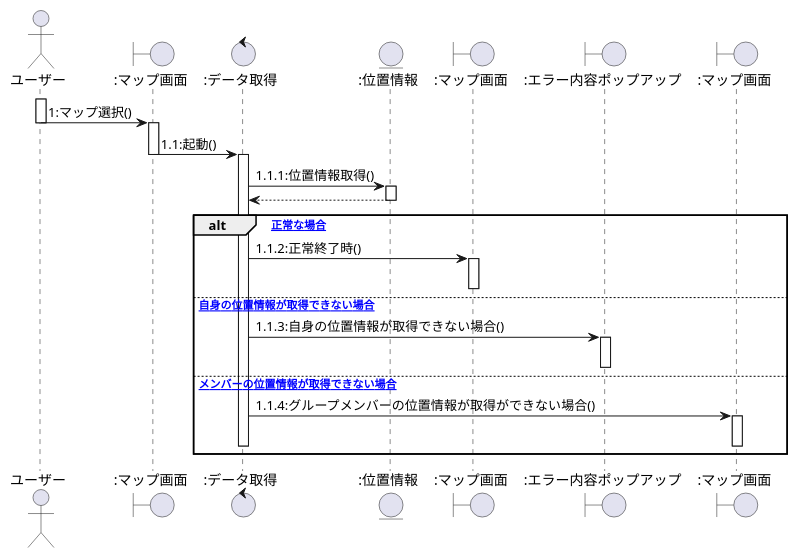
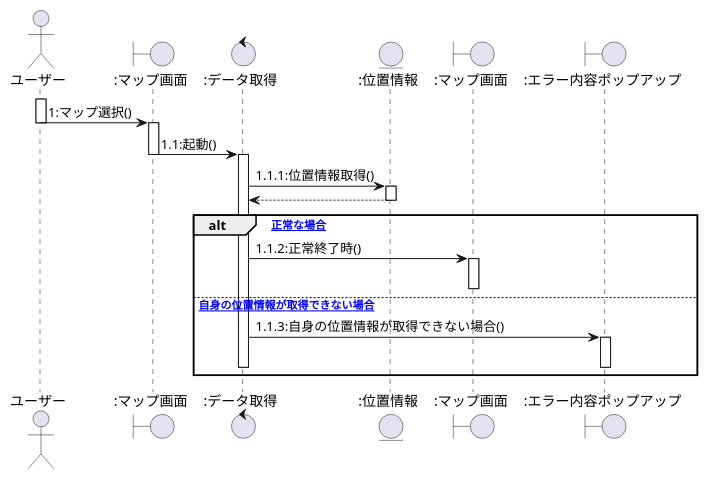
Before and after one commit to ksw2270227/GroupF: the seventh of 8 diagrams in user2_sequence.plantuml, drawn with PlantUML. The commit also changed other lines of this file and 1 other file, not shown here.

```diff
--- a/user2_sequence.plantuml
+++ b/user2_sequence.plantuml
@@ -209,35 +211,30 @@
 @startuml 位置情報表示シーケンス図
 actor ユーザー as 0
 boundary ":マップ画面" as a
 control ":データ取得" as b
 entity ":位置情報" as c
 boundary ":マップ画面" as d
 boundary ":エラー内容ポップアップ" as e
-boundary ":マップ画面" as f
 
 activate 0
     0 -> a:1:マップ選択()
     deactivate 0
     activate a
     a -> b:1.1:起動()
     deactivate a
     activate b
     b -> c:1.1.1:位置情報取得()
     activate c
     c --> b
     deactivate c 
     alt [正常な場合]
     b -> d:1.1.2:正常終了時()
     activate d
     deactivate d
     else [自身の位置情報が取得できない場合]
     b -> e:1.1.3:自身の位置情報が取得できない場合()
     activate e
     deactivate e
-    else [メンバーの位置情報が取得できない場合]
-    b -> f:1.1.4:グループメンバーの位置情報が取得ができない場合()
-    activate f
-    deactivate f
     deactivate b
     end
 @enduml
```
